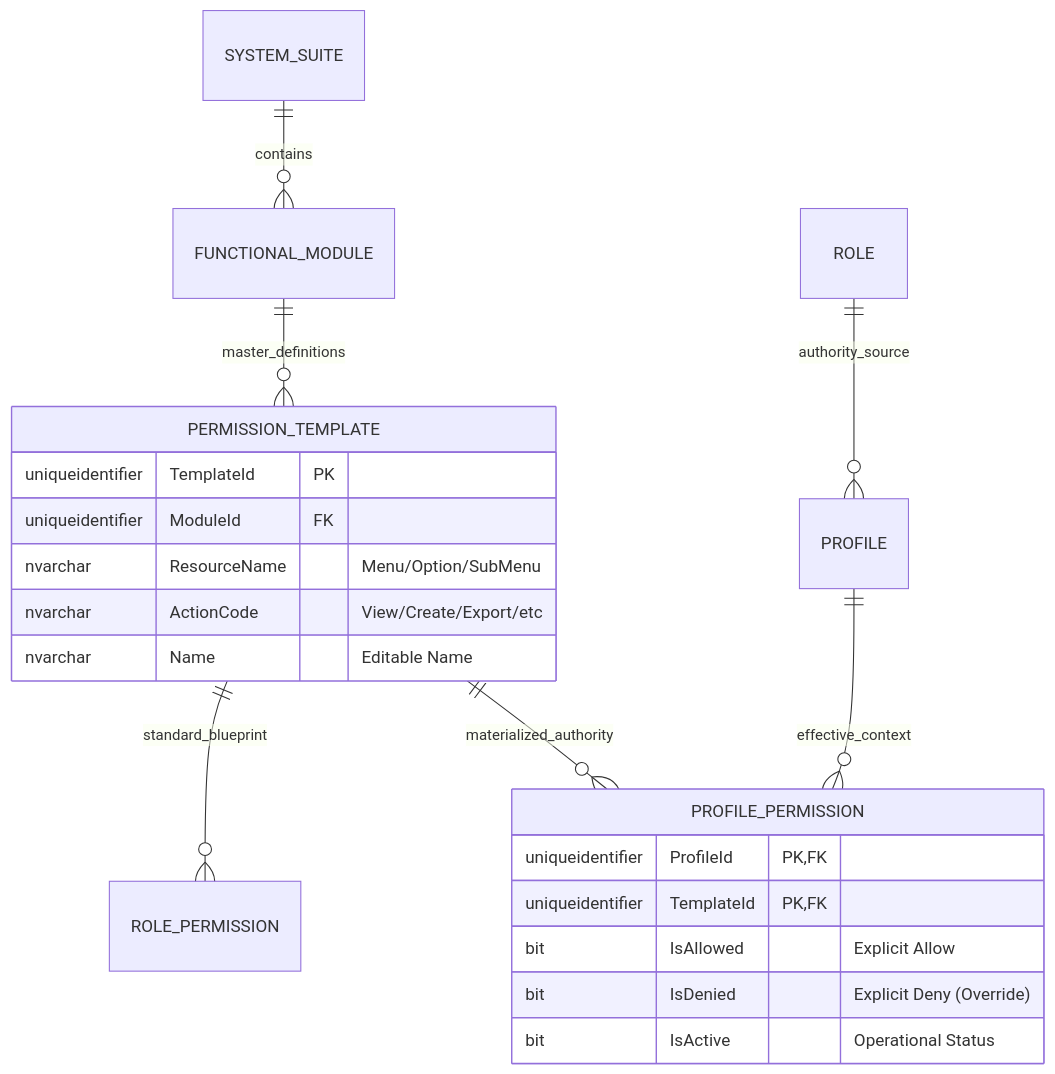
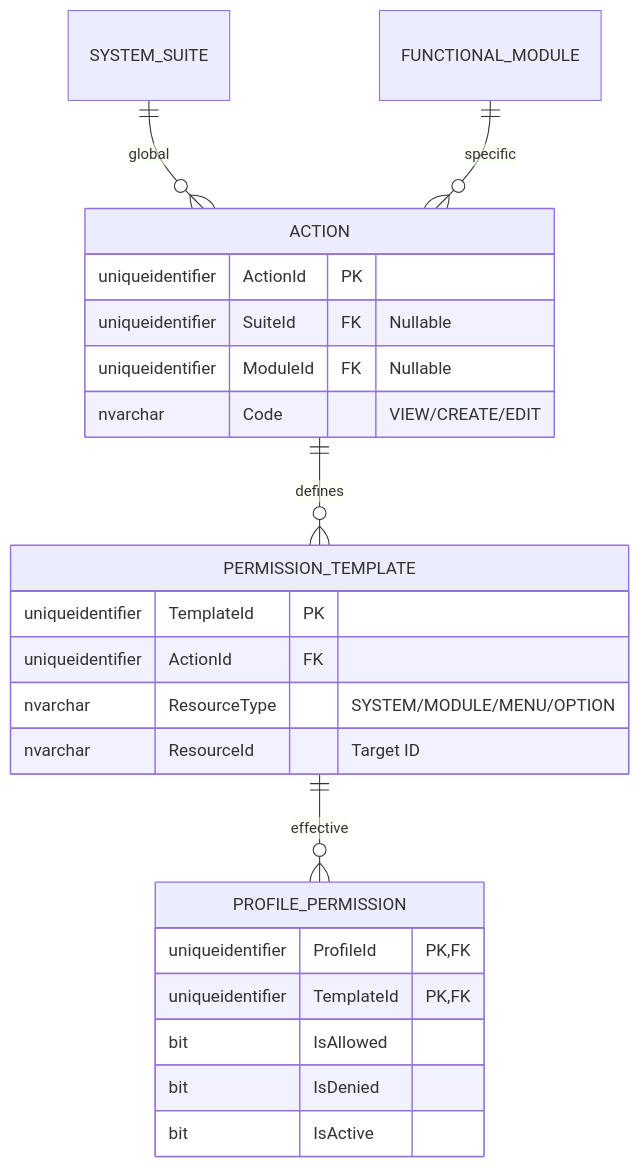
Before and after one commit to beyondnetcode/ums: the second of 3 diagrams in architecture/blueprints/database-design-er.md, drawn with Mermaid. The commit also changed other lines of this file and 4 other files, not shown here.

````diff
--- a/architecture/blueprints/database-design-er.md
+++ b/architecture/blueprints/database-design-er.md
@@ -74,27 +49,30 @@
 ```mermaid
 erDiagram
-    SYSTEM_SUITE ||--o{ FUNCTIONAL_MODULE : "contains"
-    FUNCTIONAL_MODULE ||--o{ PERMISSION_TEMPLATE : "master_definitions"
+    SYSTEM_SUITE ||--o{ ACTION : "global"
+    FUNCTIONAL_MODULE ||--o{ ACTION : "specific"
     
-    PERMISSION_TEMPLATE ||--o{ ROLE_PERMISSION : "standard_blueprint"
-    PERMISSION_TEMPLATE ||--o{ PROFILE_PERMISSION : "materialized_authority"
+    ACTION ||--o{ PERMISSION_TEMPLATE : "defines"
+    PERMISSION_TEMPLATE ||--o{ PROFILE_PERMISSION : "effective"
     
-    PROFILE ||--o{ PROFILE_PERMISSION : "effective_context"
-    ROLE ||--o{ PROFILE : "authority_source"
+    ACTION {
+        uniqueidentifier ActionId PK
+        uniqueidentifier SuiteId FK "Nullable"
+        uniqueidentifier ModuleId FK "Nullable"
+        nvarchar Code "VIEW/CREATE/EDIT"
+    }
     
     PERMISSION_TEMPLATE {
         uniqueidentifier TemplateId PK
-        uniqueidentifier ModuleId FK
-        nvarchar ResourceName "Menu/Option/SubMenu"
-        nvarchar ActionCode "View/Create/Export/etc"
-        nvarchar Name "Editable Name"
+        uniqueidentifier ActionId FK
+        nvarchar ResourceType "SYSTEM/MODULE/MENU/OPTION"
+        nvarchar ResourceId "Target ID"
     }
     
     PROFILE_PERMISSION {
         uniqueidentifier ProfileId PK, FK
         uniqueidentifier TemplateId PK, FK
-        bit IsAllowed "Explicit Allow"
-        bit IsDenied "Explicit Deny (Override)"
-        bit IsActive "Operational Status"
+        bit IsAllowed
+        bit IsDenied
+        bit IsActive
     }
 ```
````
